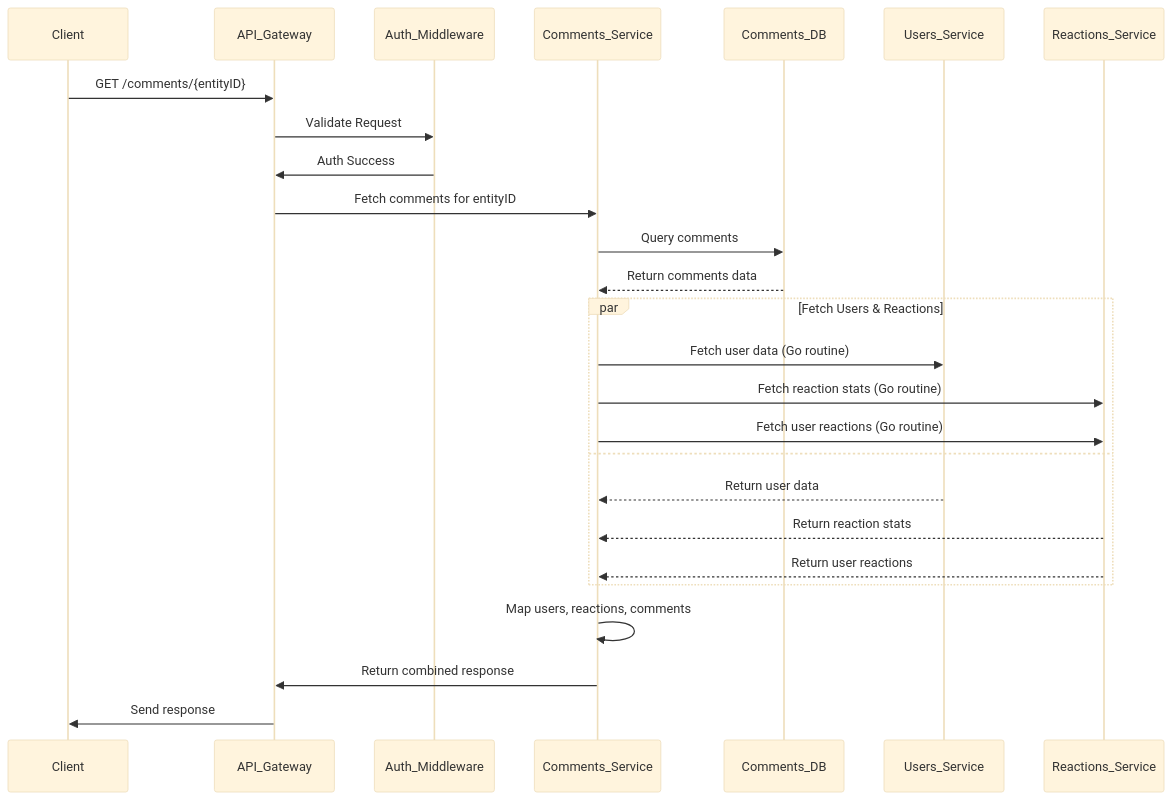
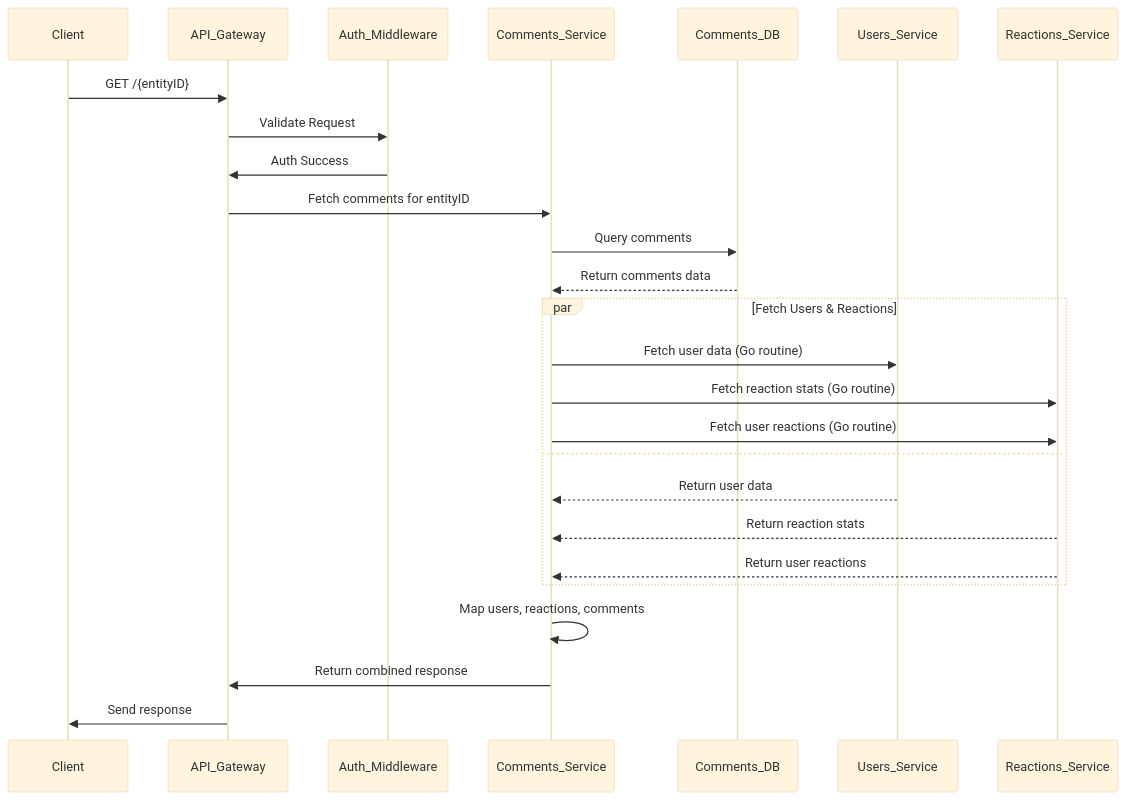
Before and after one commit to bandvov/social-media-go: the diagram in comments/docs/get-comments-by-entity-id.md, drawn with Mermaid (base theme). The commit also changed 2 other files, not shown here.

Commit message:
update diagram

````diff
--- a/comments/docs/get-comments-by-entity-id.md
+++ b/comments/docs/get-comments-by-entity-id.md
@@ -1,32 +1,32 @@
 ```mermaid
 sequenceDiagram
     participant Client
     participant API_Gateway
     participant Auth_Middleware
     participant Comments_Service
     participant Comments_DB
     participant Users_Service
     participant Reactions_Service
 
-    Client->>API_Gateway: GET /comments/{entityID}
+    Client->>API_Gateway: GET /{entityID}
     API_Gateway->>Auth_Middleware: Validate Request
     Auth_Middleware->>API_Gateway: Auth Success
     API_Gateway->>Comments_Service: Fetch comments for entityID
     Comments_Service->>Comments_DB: Query comments
     Comments_DB-->>Comments_Service: Return comments data
 
     par Fetch Users & Reactions
         Comments_Service->>Users_Service: Fetch user data (Go routine)
         Comments_Service->>Reactions_Service: Fetch reaction stats (Go routine)
         Comments_Service->>Reactions_Service: Fetch user reactions (Go routine)
     and
         Users_Service-->>Comments_Service: Return user data
         Reactions_Service-->>Comments_Service: Return reaction stats
         Reactions_Service-->>Comments_Service: Return user reactions
     end
 
     Comments_Service->>Comments_Service: Map users, reactions, comments
     Comments_Service->>API_Gateway: Return combined response
     API_Gateway->>Client: Send response
 
 ```
````
